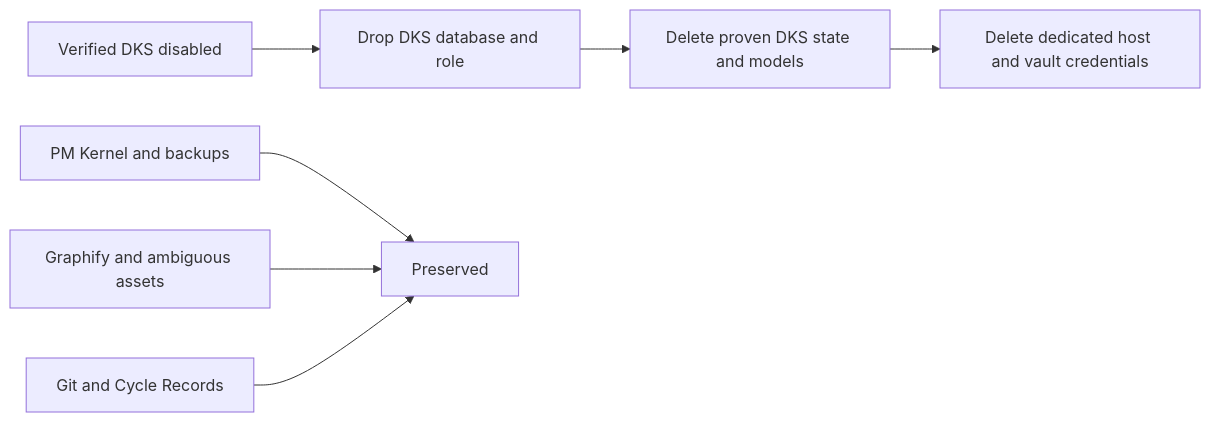
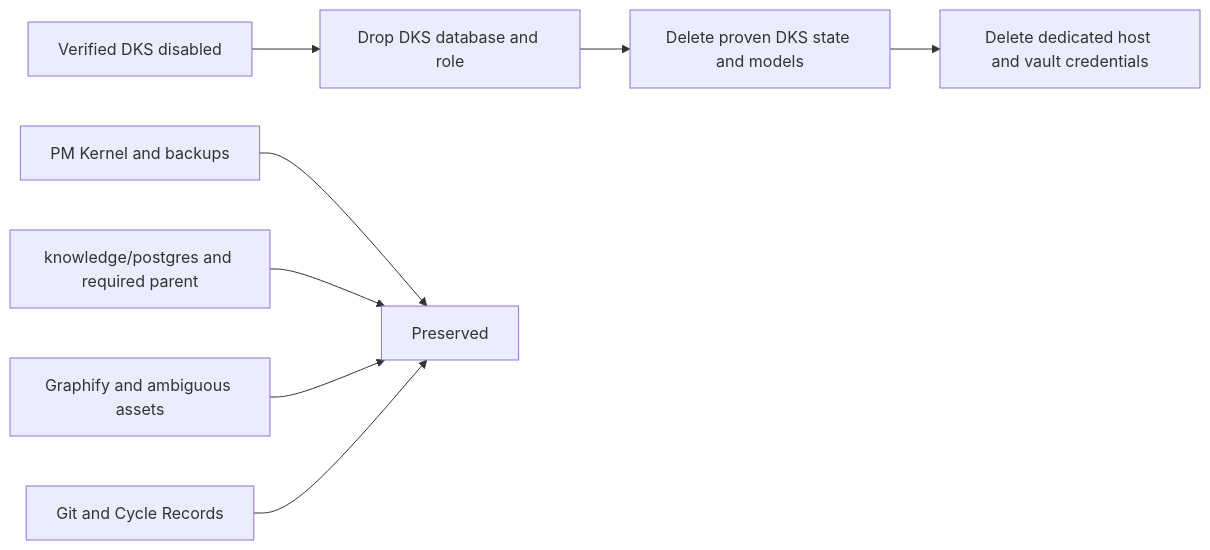
Before and after one commit to Saltiola7/dotfiles-ai: the diagram in docs/specs/dbsctr_knowledge_store/features/dks-state-retirement.md, drawn with Mermaid. The commit also changed other lines of this file and 3 other files, not shown here.

Commit message:
docs(dks): protect PM baselines during retirement

````diff
--- a/docs/specs/dbsctr_knowledge_store/features/dks-state-retirement.md
+++ b/docs/specs/dbsctr_knowledge_store/features/dks-state-retirement.md
@@ -90,11 +106,12 @@
 ```mermaid
 flowchart LR
   accTitle: DKS state retirement ownership
-  accDescr: After runtime disablement, retirement drops only the DKS database and role, deletes proven DKS private and model state, then deletes dedicated credentials while preserving PM Kernel, Graphify, ambiguous assets, and Git history.
+  accDescr: After runtime disablement, retirement drops only the DKS database and role, deletes proven DKS private and model state, then deletes dedicated credentials while preserving the nested PM baseline subtree, its parent directory, PM Kernel, Graphify, ambiguous assets, and Git history.
   D[Verified DKS disabled] --> B[Drop DKS database and role]
   B --> S[Delete proven DKS state and models]
   S --> C[Delete dedicated host and vault credentials]
   P[PM Kernel and backups] --> K[Preserved]
+  N[knowledge/postgres and required parent] --> K
   G[Graphify and ambiguous assets] --> K
   H[Git and Cycle Records] --> K
 ```
````
